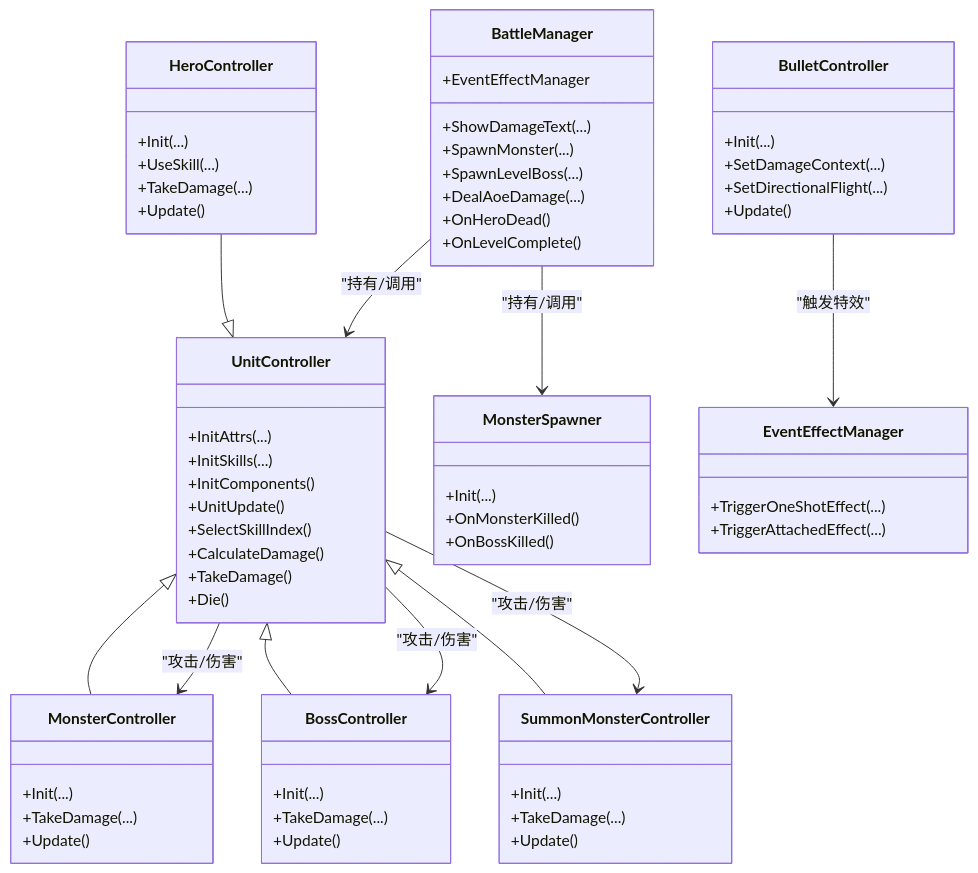
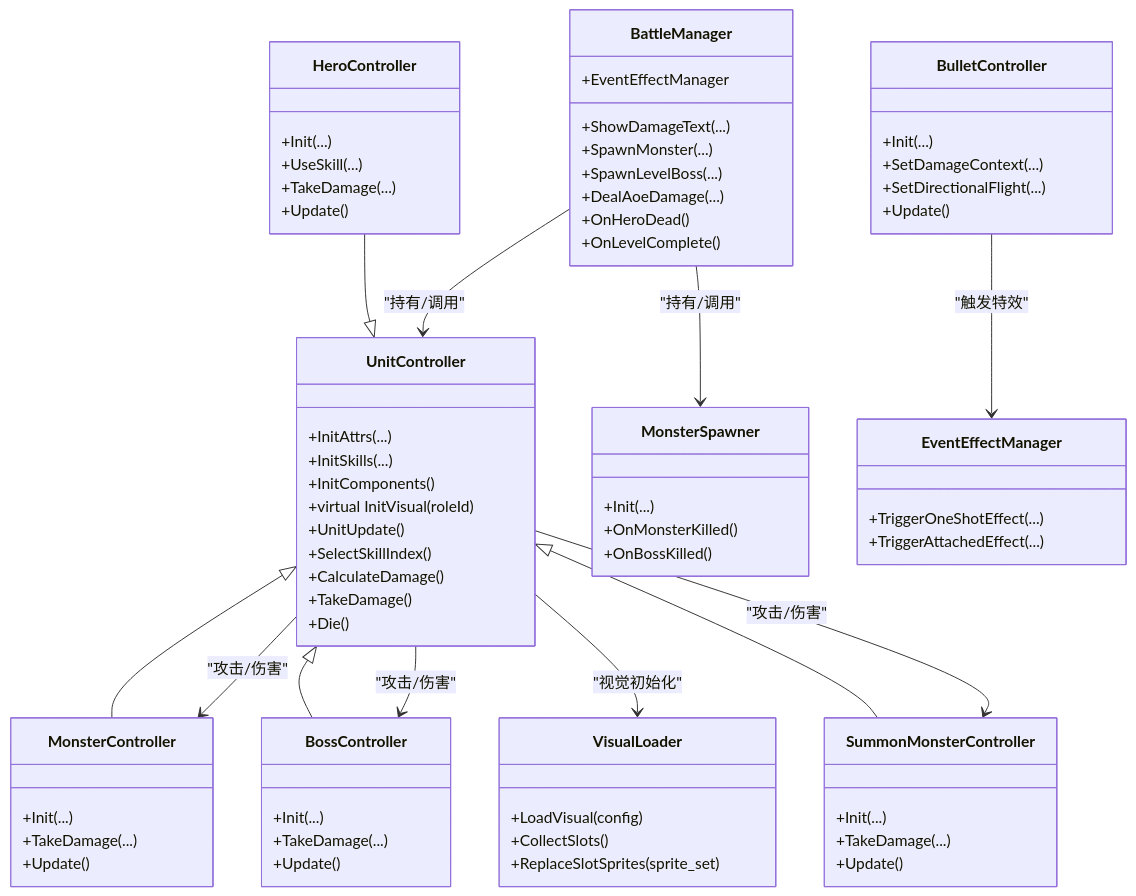
Before and after one commit to Tuusen/p1_client: the sixth of 11 diagrams in .qoder/repowiki/zh/content/战斗系统/战斗系统.md, drawn with Mermaid. The commit also changed other lines of this file and 5 other files, not shown here.

````diff
--- a/.qoder/repowiki/zh/content/战斗系统/战斗系统.md
+++ b/.qoder/repowiki/zh/content/战斗系统/战斗系统.md
@@ -286,68 +404,75 @@
 ```mermaid
 classDiagram
 class BattleManager {
 +ShowDamageText(...)
 +SpawnMonster(...)
 +SpawnLevelBoss(...)
 +DealAoeDamage(...)
 +OnHeroDead()
 +OnLevelComplete()
 +EventEffectManager
 }
 class UnitController {
 +InitAttrs(...)
 +InitSkills(...)
 +InitComponents()
++virtual InitVisual(roleId)
 +UnitUpdate()
 +SelectSkillIndex()
 +CalculateDamage()
 +TakeDamage()
 +Die()
 }
 class HeroController {
 +Init(...)
 +UseSkill(...)
 +TakeDamage(...)
 +Update()
 }
 class MonsterController {
 +Init(...)
 +TakeDamage(...)
 +Update()
 }
 class BossController {
 +Init(...)
 +TakeDamage(...)
 +Update()
 }
 class SummonMonsterController {
 +Init(...)
 +TakeDamage(...)
 +Update()
 }
+class VisualLoader {
++LoadVisual(config)
++CollectSlots()
++ReplaceSlotSprites(sprite_set)
+}
 class MonsterSpawner {
 +Init(...)
 +OnMonsterKilled()
 +OnBossKilled()
 }
 class EventEffectManager {
 +TriggerOneShotEffect(...)
 +TriggerAttachedEffect(...)
 }
 class BulletController {
 +Init(...)
 +SetDamageContext(...)
 +SetDirectionalFlight(...)
 +Update()
 }
 BattleManager --> UnitController : "持有/调用"
 BattleManager --> MonsterSpawner : "持有/调用"
 UnitController --> MonsterController : "攻击/伤害"
 UnitController --> BossController : "攻击/伤害"
 UnitController --> SummonMonsterController : "攻击/伤害"
+UnitController --> VisualLoader : "视觉初始化"
 HeroController --|> UnitController
 MonsterController --|> UnitController
 BossController --|> UnitController
 SummonMonsterController --|> UnitController
 BulletController --> EventEffectManager : "触发特效"
 ```
````
